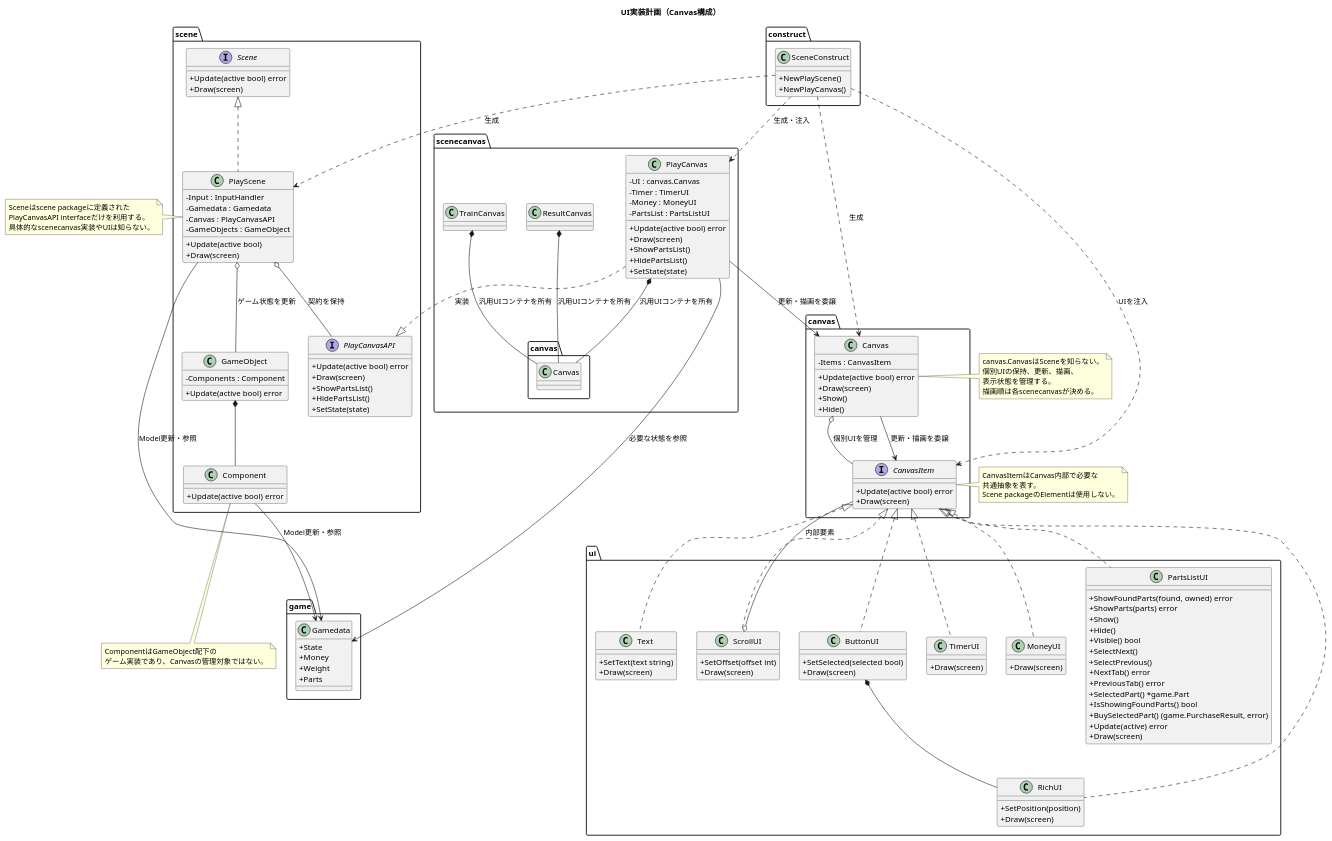
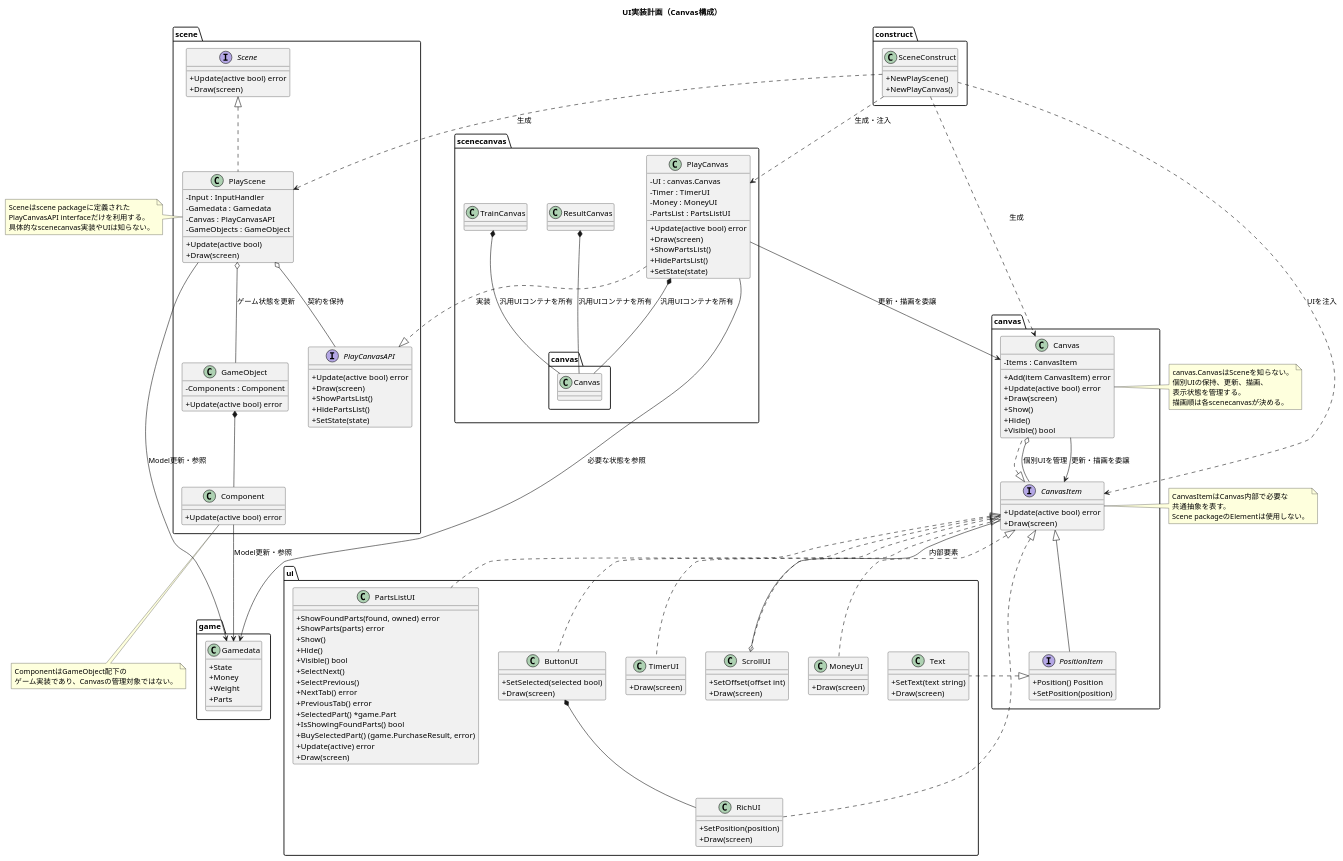
One commit to kmc-jp/Gamedev_Tempura-of-p--Phenylazo-phenol changed the diagram in Docs/UIRefactoring/UI_architecture_class_diagram.puml. Above: the diagram before and after it, drawn with PlantUML. The commit also changed 12 other files, not shown here.

```diff
--- a/Docs/UIRefactoring/UI_architecture_class_diagram.puml
+++ b/Docs/UIRefactoring/UI_architecture_class_diagram.puml
@@ -87,10 +87,12 @@
 package "canvas" {
     class Canvas {
         -Items : CanvasItem
+        +Add(item CanvasItem) error
         +Update(active bool) error
         +Draw(screen)
         +Show()
         +Hide()
+        +Visible() bool
     }
 
     interface CanvasItem {
@@ -98,7 +100,14 @@
         +Draw(screen)
     }
 
+    interface PositionItem {
+        +Position() Position
+        +SetPosition(position)
+    }
+
     Canvas o-- CanvasItem : 個別UIを管理
+    CanvasItem <|-- PositionItem
+    CanvasItem <|.. Canvas
 }
 
 package "ui" {
@@ -147,7 +156,7 @@
         +Draw(screen)
     }
 
-    CanvasItem <|.. Text
+    PositionItem <|.. Text
     CanvasItem <|.. RichUI
     CanvasItem <|.. ButtonUI
     CanvasItem <|.. ScrollUI
```
